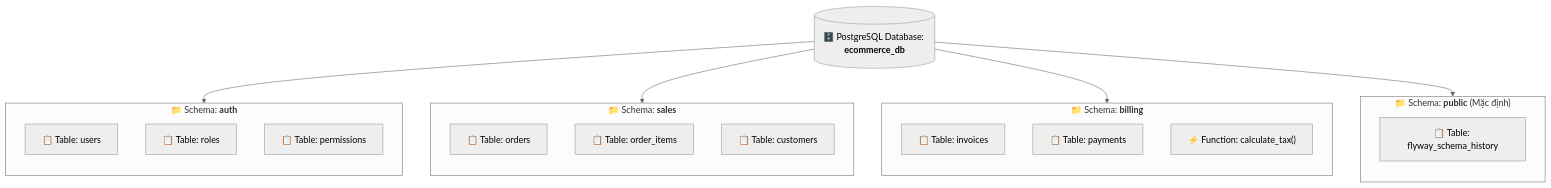
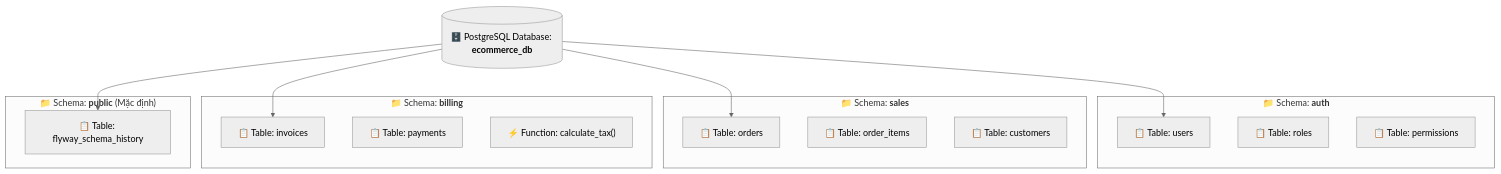
Before and after one commit to thinhtm123/BE: the diagram in PostgreSQL/02_schemas.md, drawn with Mermaid (neutral theme). The commit also changed 15 other files, not shown here.

````diff
--- a/PostgreSQL/02_schemas.md
+++ b/PostgreSQL/02_schemas.md
@@ -15,35 +15,31 @@
 ```mermaid
 flowchart TD
     DB[("🗄️ PostgreSQL Database: <b>ecommerce_db</b>")]
 
     subgraph SchemaAuth["📁 Schema: <b>auth</b>"]
-        direction TB
         T1["📋 Table: users"]
         T2["📋 Table: roles"]
         T3["📋 Table: permissions"]
     end
 
     subgraph SchemaShop["📁 Schema: <b>sales</b>"]
-        direction TB
         T4["📋 Table: orders"]
         T5["📋 Table: order_items"]
         T6["📋 Table: customers"]
     end
 
     subgraph SchemaBilling["📁 Schema: <b>billing</b>"]
-        direction TB
         T7["📋 Table: invoices"]
         T8["📋 Table: payments"]
         T9["⚡ Function: calculate_tax()"]
     end
 
     subgraph SchemaPublic["📁 Schema: <b>public</b> (Mặc định)"]
-        direction TB
         T10["📋 Table: flyway_schema_history"]
     end
 
-    DB --> SchemaAuth
-    DB --> SchemaShop
-    DB --> SchemaBilling
-    DB --> SchemaPublic
+    DB --> T1
+    DB --> T4
+    DB --> T7
+    DB --> T10
 ```
````
